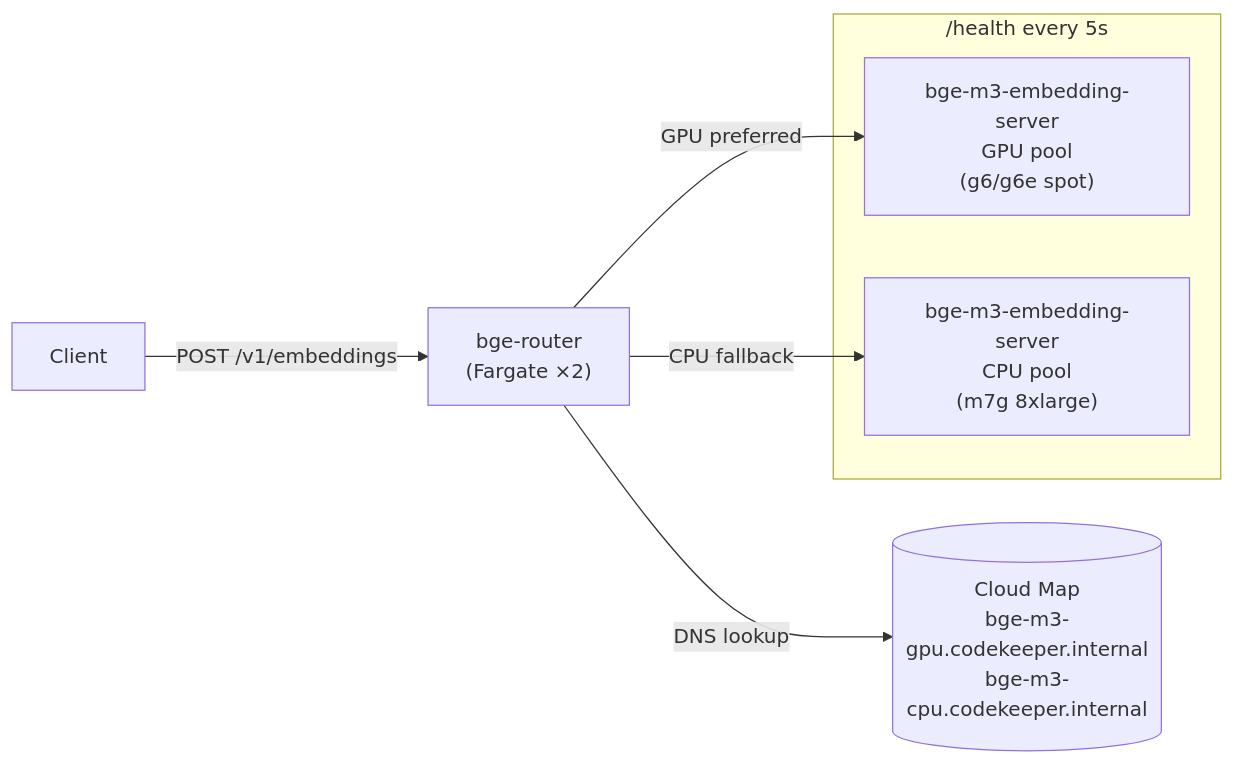
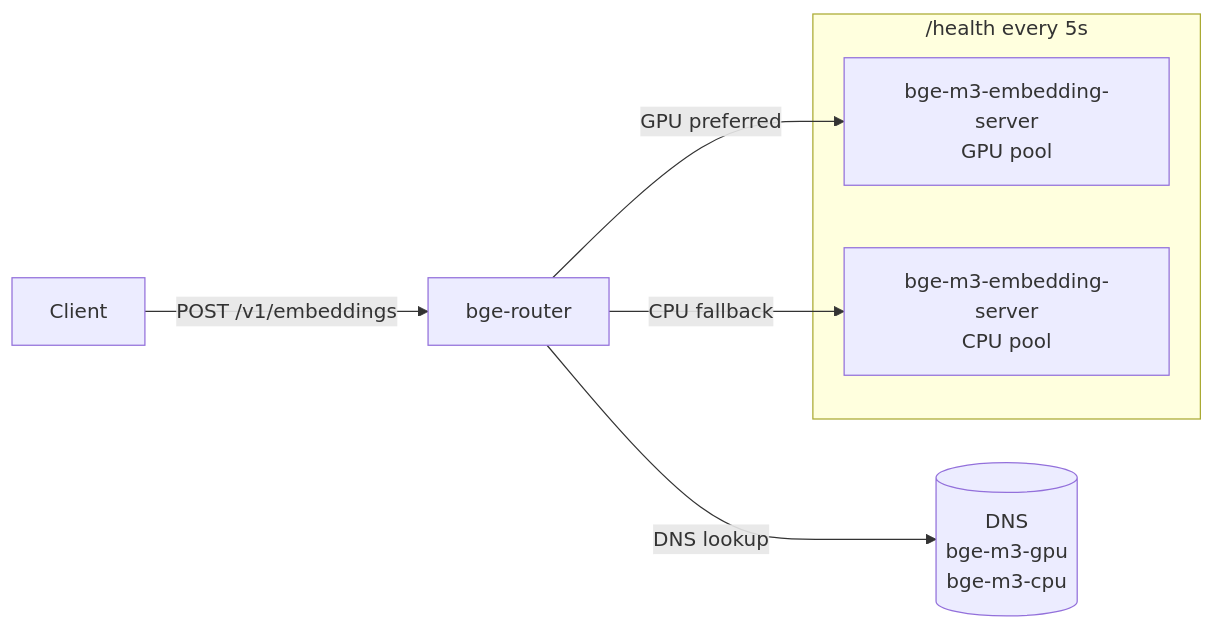
The diagram in README.md (Fulton-Engineering-Services/bge-router), drawn with Mermaid before and after one commit. The commit also changed other lines of this file and 9 other files, not shown here.

````diff
--- a/README.md
+++ b/README.md
@@ -20,14 +28,14 @@
 ```mermaid
 flowchart LR
-    Client -->|POST /v1/embeddings| Router["bge-router\n(Fargate ×2)"]
+    Client -->|POST /v1/embeddings| Router["bge-router"]
 
-    Router -->|DNS lookup| DNS[(Cloud Map\nbge-m3-gpu.codekeeper.internal\nbge-m3-cpu.codekeeper.internal)]
+    Router -->|DNS lookup| DNS[(DNS\nbge-m3-gpu\nbge-m3-cpu)]
 
-    Router -->|GPU preferred| GPU["bge-m3-embedding-server\nGPU pool\n(g6/g6e spot)"]
-    Router -->|CPU fallback| CPU["bge-m3-embedding-server\nCPU pool\n(m7g 8xlarge)"]
+    Router -->|GPU preferred| GPU["bge-m3-embedding-server\nGPU pool"]
+    Router -->|CPU fallback| CPU["bge-m3-embedding-server\nCPU pool"]
 
     subgraph HealthPolling["/health every 5s"]
         GPU
         CPU
     end
 ```
````
